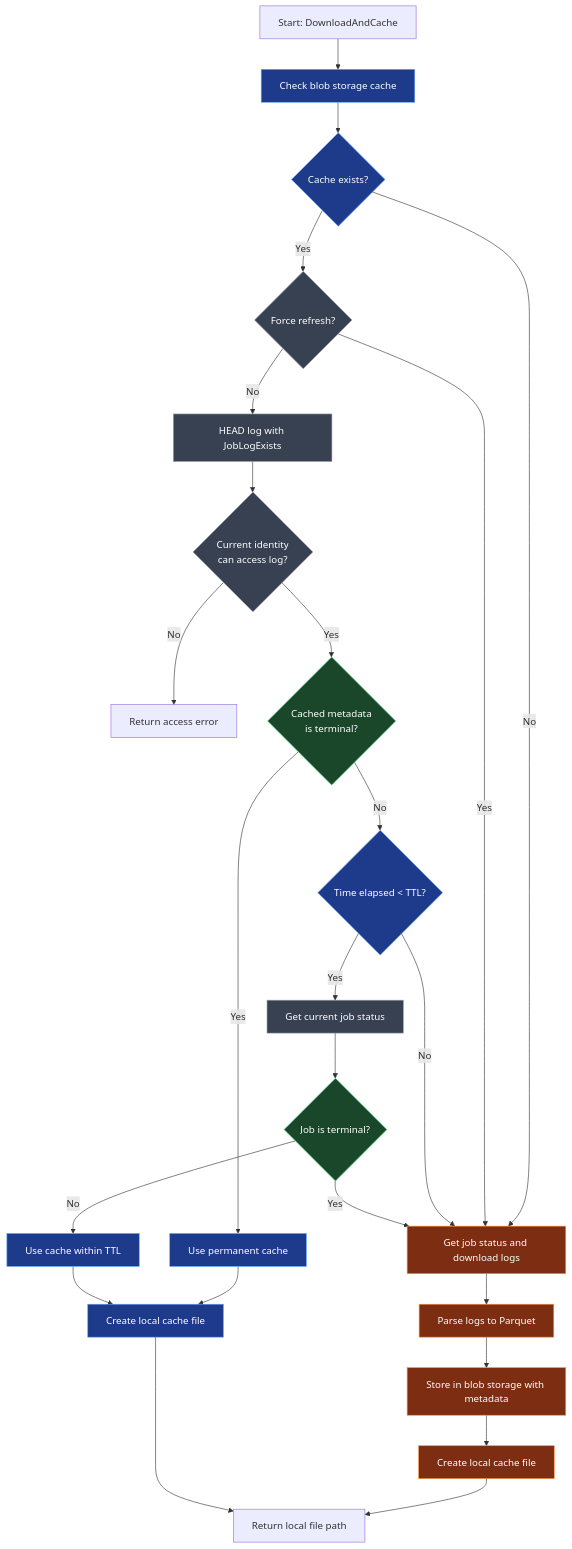
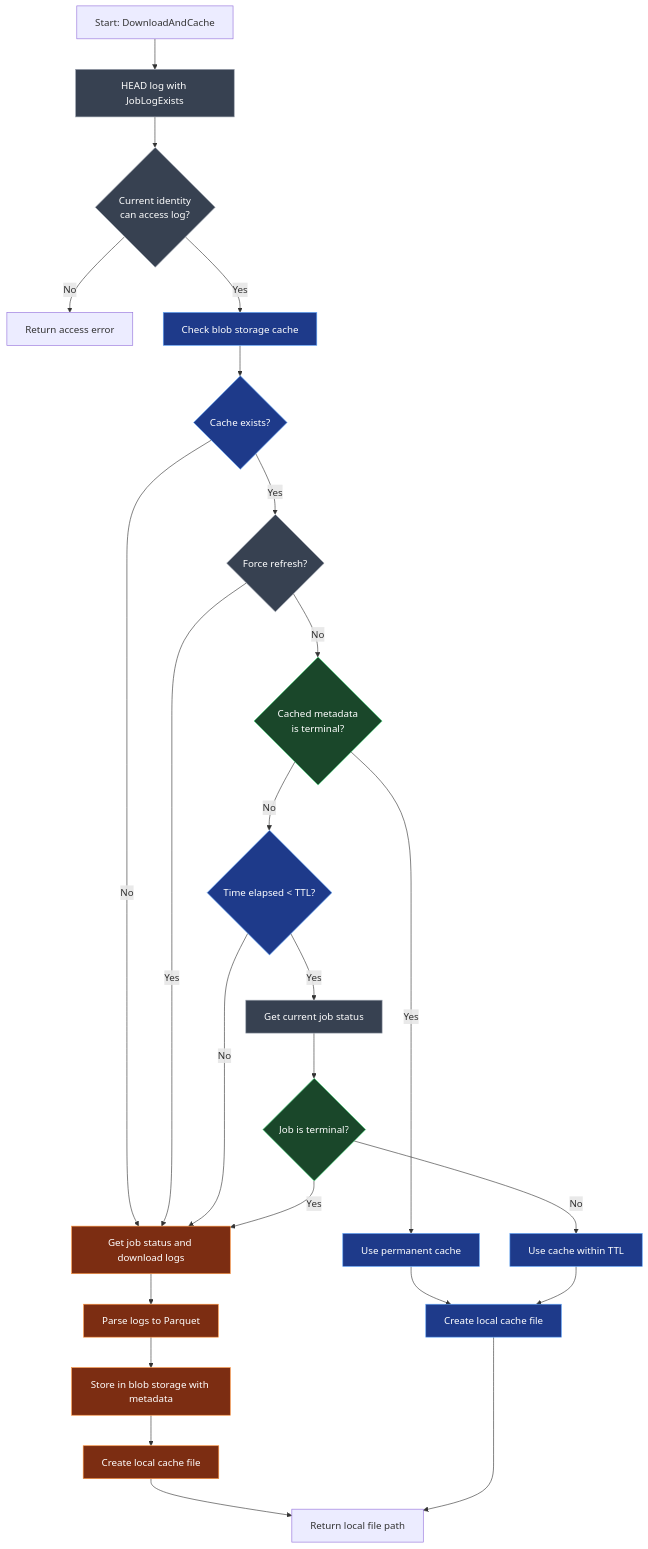
The diagram in README.md (buildkite/buildkite-logs), drawn with Mermaid before and after one commit. The commit also changed other lines of this file and 2 other files, not shown here.

Commit message:
docs: clarify log access checks

````diff
--- a/README.md
+++ b/README.md
@@ -818,36 +819,36 @@
 ```mermaid
 flowchart TD
-    A[Start: DownloadAndCache] --> B[Check blob storage cache]
+    A[Start: DownloadAndCache] --> E[HEAD log with JobLogExists]
+    E --> F{Current identity<br/>can access log?}
+    F -->|No| X[Return access error]
+    F -->|Yes| B[Check blob storage cache]
     B --> C{Cache exists?}
     C -->|No| H[Get job status and download logs]
     C -->|Yes| D{Force refresh?}
     D -->|Yes| H
-    D -->|No| E[HEAD log with JobLogExists]
-    E --> F{Current identity<br/>can access log?}
-    F -->|No| X[Return access error]
-    F -->|Yes| G{Cached metadata<br/>is terminal?}
+    D -->|No| G{Cached metadata<br/>is terminal?}
     G -->|Yes| T[Use permanent cache]
     G -->|No| I{Time elapsed < TTL?}
     I -->|No| H
     I -->|Yes| P[Get current job status]
     P --> Q{Job is terminal?}
     Q -->|Yes| H
     Q -->|No| J[Use cache within TTL]
     H --> K[Parse logs to Parquet]
     K --> L[Store in blob storage with metadata]
     L --> M[Create local cache file]
     T --> N[Create local cache file]
     J --> N
     M --> O[Return local file path]
     N --> O
 
     classDef terminal fill:#1a472a,stroke:#4ade80,color:#ffffff
     classDef cache fill:#1e3a8a,stroke:#60a5fa,color:#ffffff
     classDef download fill:#7c2d12,stroke:#fb923c,color:#ffffff
     classDef decision fill:#374151,stroke:#9ca3af,color:#ffffff
 
     class G,Q terminal
     class B,C,I,J,T,N cache
     class H,K,L,M download
     class D,E,F,P decision
 ```
````
